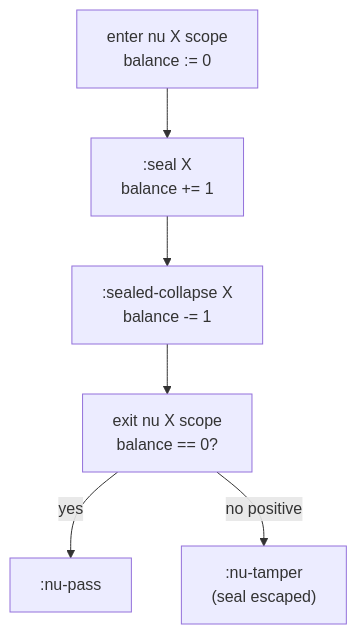
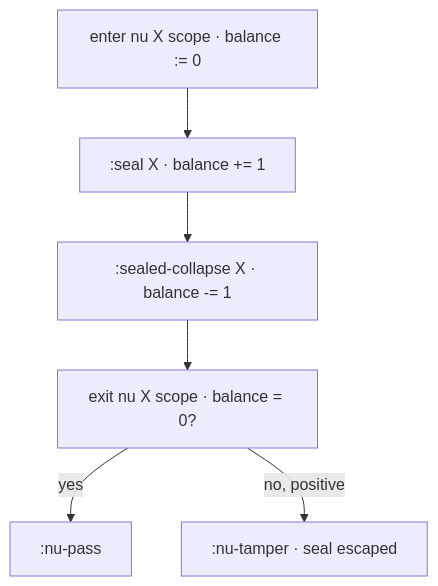
Before and after one commit to nomicflux/skeptic: the third of 3 diagrams in skeptic/docs/walkthrough/10-blame-for-all-and-projection.md, drawn with Mermaid. The commit also changed other lines of this file and 12 other files, not shown here.

````diff
--- a/skeptic/docs/walkthrough/10-blame-for-all-and-projection.md
+++ b/skeptic/docs/walkthrough/10-blame-for-all-and-projection.md
@@ -352,12 +563,12 @@
 ```mermaid
 flowchart TD
-  enter[enter nu X scope<br/>balance := 0]
-  s1[":seal X<br/>balance += 1"]
-  s2[":sealed-collapse X<br/>balance -= 1"]
-  exit[exit nu X scope<br/>balance == 0?]
+  enter[enter nu X scope · balance := 0]
+  s1[":seal X · balance += 1"]
+  s2[":sealed-collapse X · balance -= 1"]
+  exit[exit nu X scope · balance = 0?]
   enter --> s1
   s1 --> s2
   s2 --> exit
   exit -->|yes| pass[":nu-pass"]
-  exit -->|no positive| esc[":nu-tamper<br/>(seal escaped)"]
+  exit -->|no, positive| esc[":nu-tamper · seal escaped"]
 ```
````
